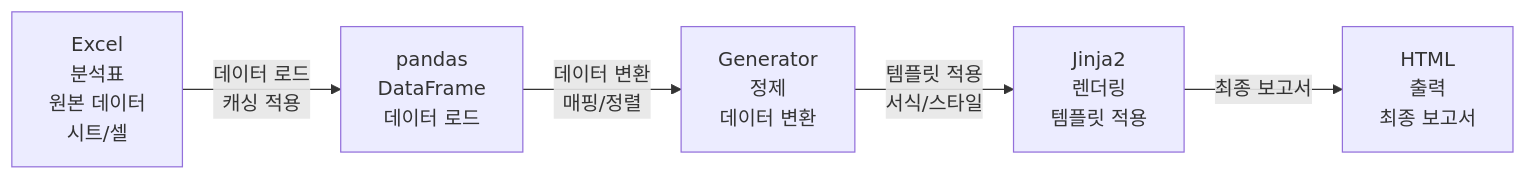
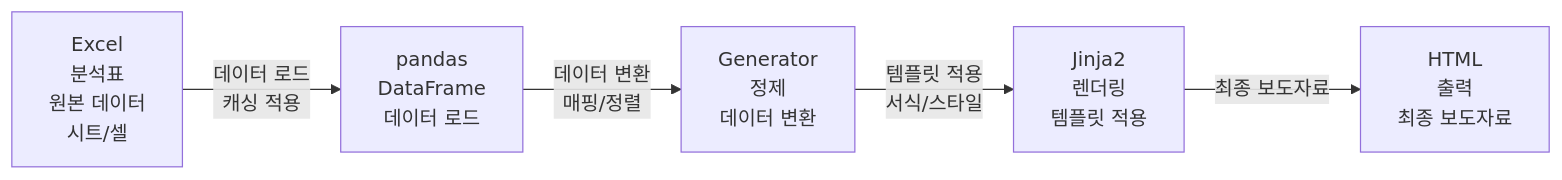
The second of 13 diagrams in docs/PRESENTATION.md (rattopos/capstone), drawn with Mermaid before and after one commit. The commit also changed other lines of this file and 89 other files, not shown here.

````diff
--- a/docs/PRESENTATION.md
+++ b/docs/PRESENTATION.md
@@ -170,7 +170,7 @@
 ```mermaid
 flowchart LR
     A[Excel<br/>분석표<br/>원본 데이터<br/>시트/셀] -->|데이터 로드<br/>캐싱 적용| B[pandas<br/>DataFrame<br/>데이터 로드]
     B -->|데이터 변환<br/>매핑/정렬| C[Generator<br/>정제<br/>데이터 변환]
     C -->|템플릿 적용<br/>서식/스타일| D[Jinja2<br/>렌더링<br/>템플릿 적용]
-    D -->|최종 보고서| E[HTML<br/>출력<br/>최종 보고서]
+    D -->|최종 보도자료| E[HTML<br/>출력<br/>최종 보도자료]
 ```
````
